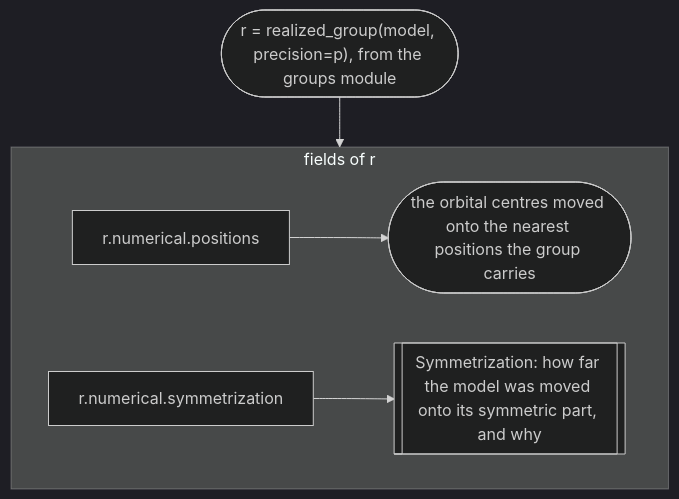
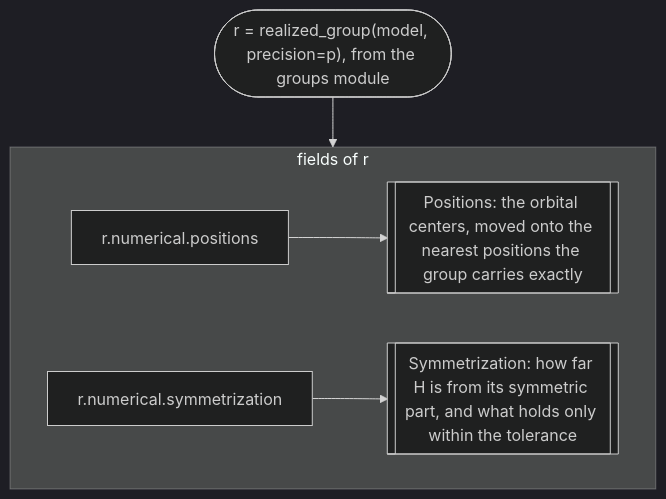
The fifth of 8 diagrams in docs/background/modules.md (bbradlyn/pythtqc), drawn with Mermaid (dark theme) before and after one commit. The commit also changed other lines of this file and 7 other files, not shown here.

````diff
--- a/docs/background/modules.md
+++ b/docs/background/modules.md
@@ -169,12 +183,12 @@
 ```mermaid
 flowchart TD
     y_r(["r = realized_group(model, precision=p), from the groups module"])
 
     y_r --> y_fields
 
     subgraph y_fields ["fields of r"]
         direction LR
-        y_positions["r.numerical.positions"] --> y_moved(["the orbital centres moved onto the nearest positions the group carries"])
-        y_symmetrization["r.numerical.symmetrization"] --> y_sym[["Symmetrization: how far the model was moved onto its symmetric part, and why"]]
+        y_positions["r.numerical.positions"] --> y_moved[["Positions: the orbital centers, moved onto the nearest positions the group carries exactly"]]
+        y_symmetrization["r.numerical.symmetrization"] --> y_sym[["Symmetrization: how far H is from its symmetric part, and what holds only within the tolerance"]]
     end
 ```
````
